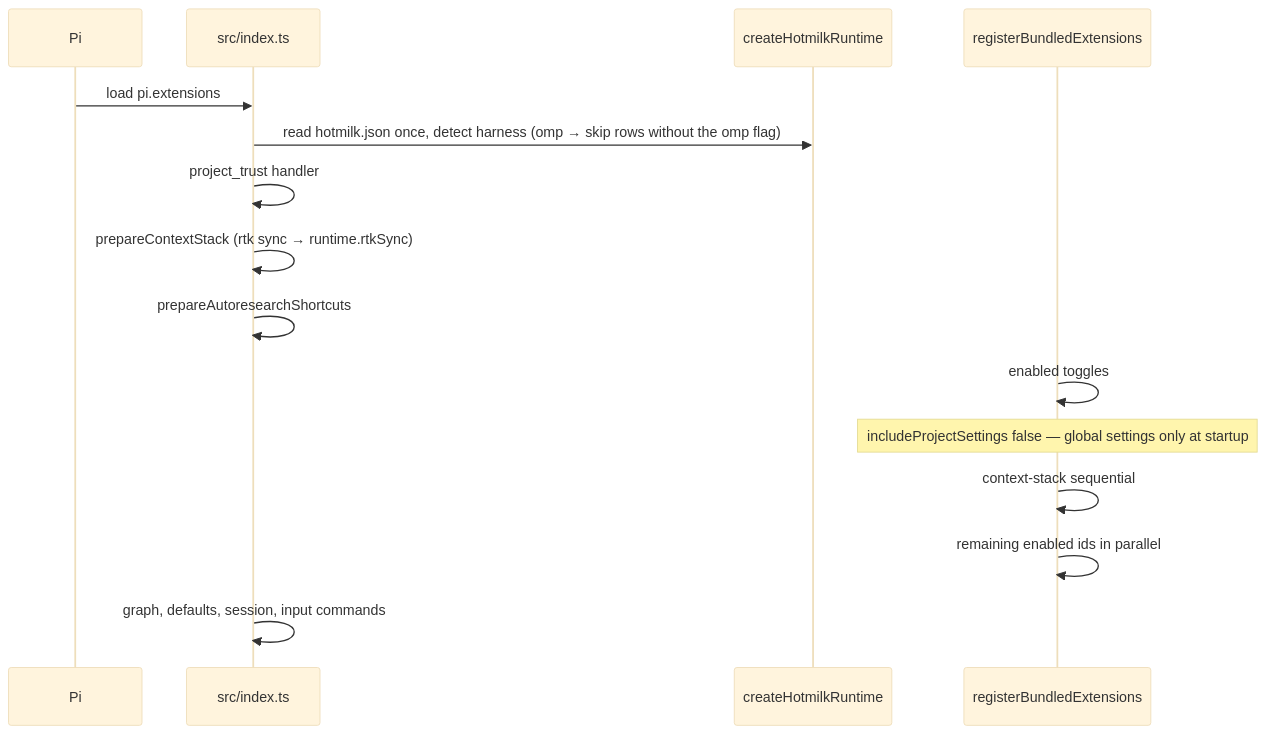
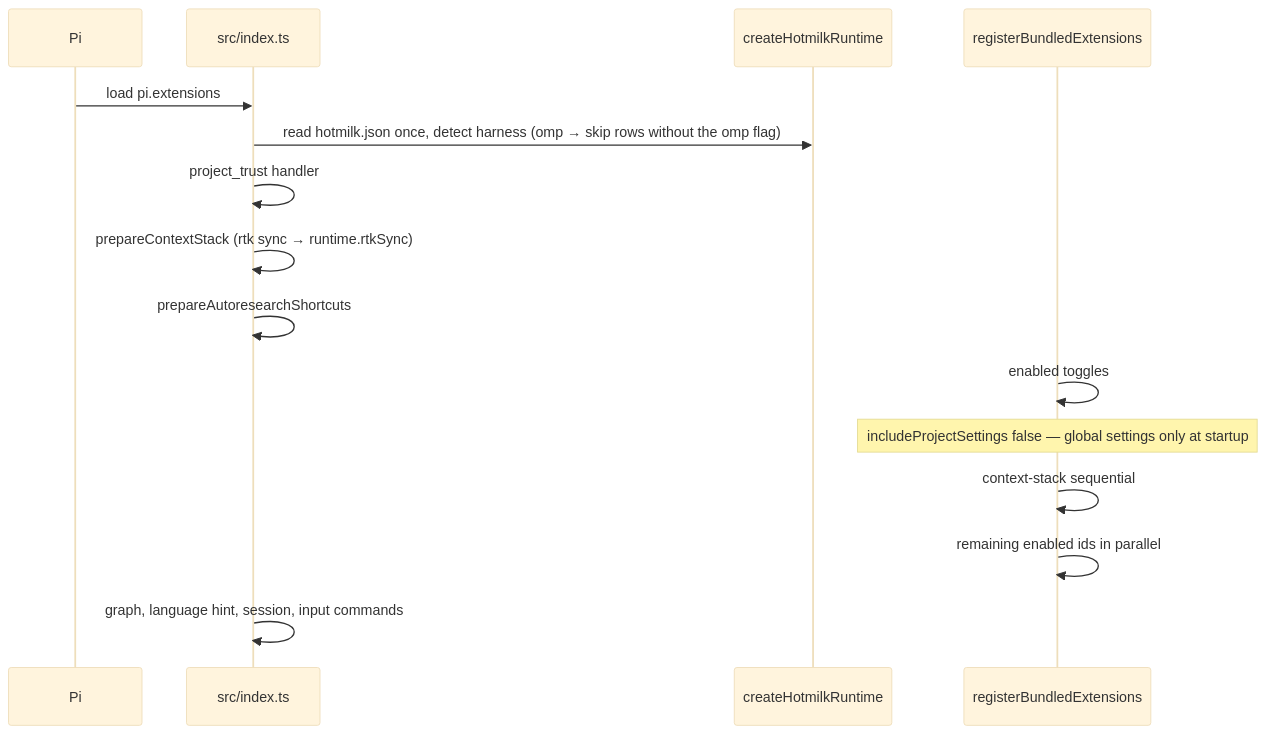
One commit to dayjobdoor/hotmilk changed the first of 3 diagrams in docs/architecture.md. Above: the diagram before and after it, drawn with Mermaid (base theme). The commit also changed 16 other files, not shown here.

Commit message:
refactor: rename defaults → language and skip helpers

````diff
--- a/docs/architecture.md
+++ b/docs/architecture.md
@@ -21,17 +21,17 @@
 ```mermaid
 sequenceDiagram
   participant Pi
   participant Index as src/index.ts
   participant Runtime as createHotmilkRuntime
   participant Ext as registerBundledExtensions
   Pi->>Index: load pi.extensions
   Index->>Runtime: read hotmilk.json once, detect harness (omp → skip rows without the omp flag)
   Index->>Index: project_trust handler
   Index->>Index: prepareContextStack (rtk sync → runtime.rtkSync)
   Index->>Index: prepareAutoresearchShortcuts
   Ext->>Ext: enabled toggles
   Note over Ext: includeProjectSettings false — global settings only at startup
   Ext->>Ext: context-stack sequential
   Ext->>Ext: remaining enabled ids in parallel
-  Index->>Index: graph, defaults, session, input commands
+  Index->>Index: graph, language hint, session, input commands
 ```
````
